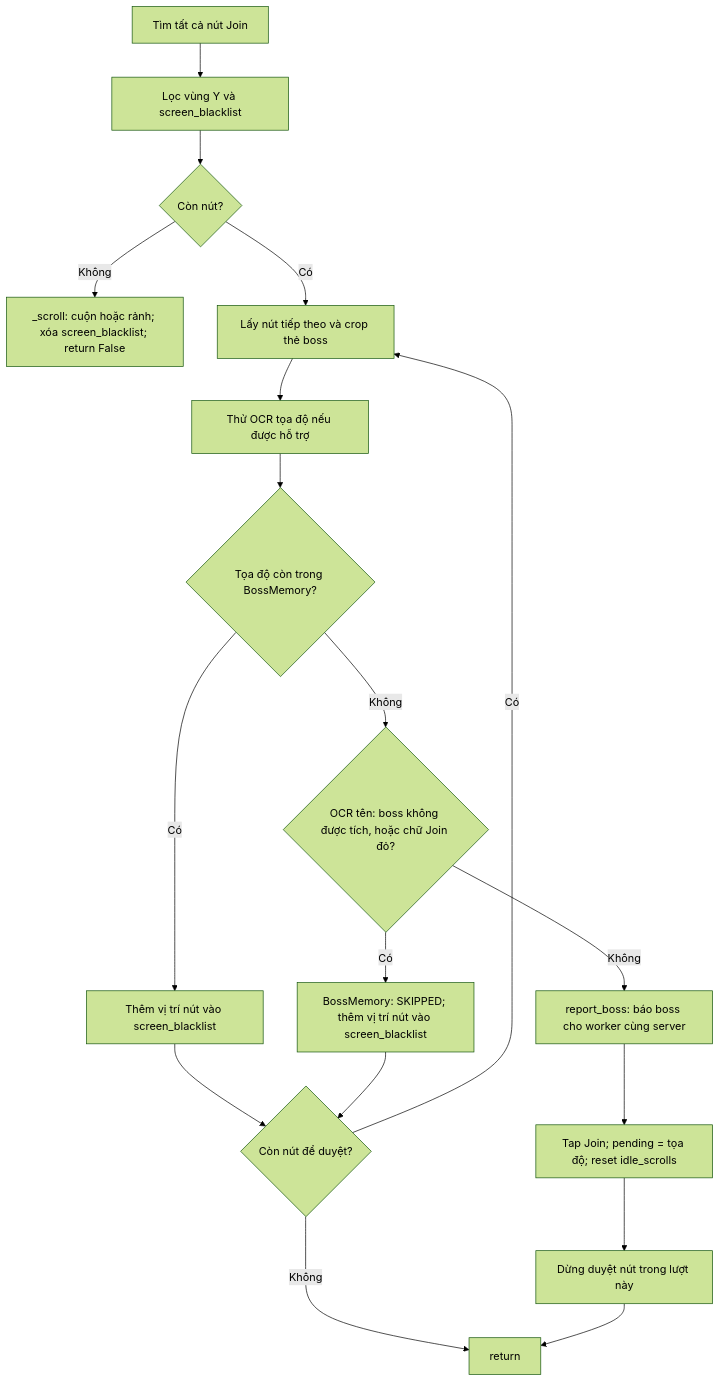
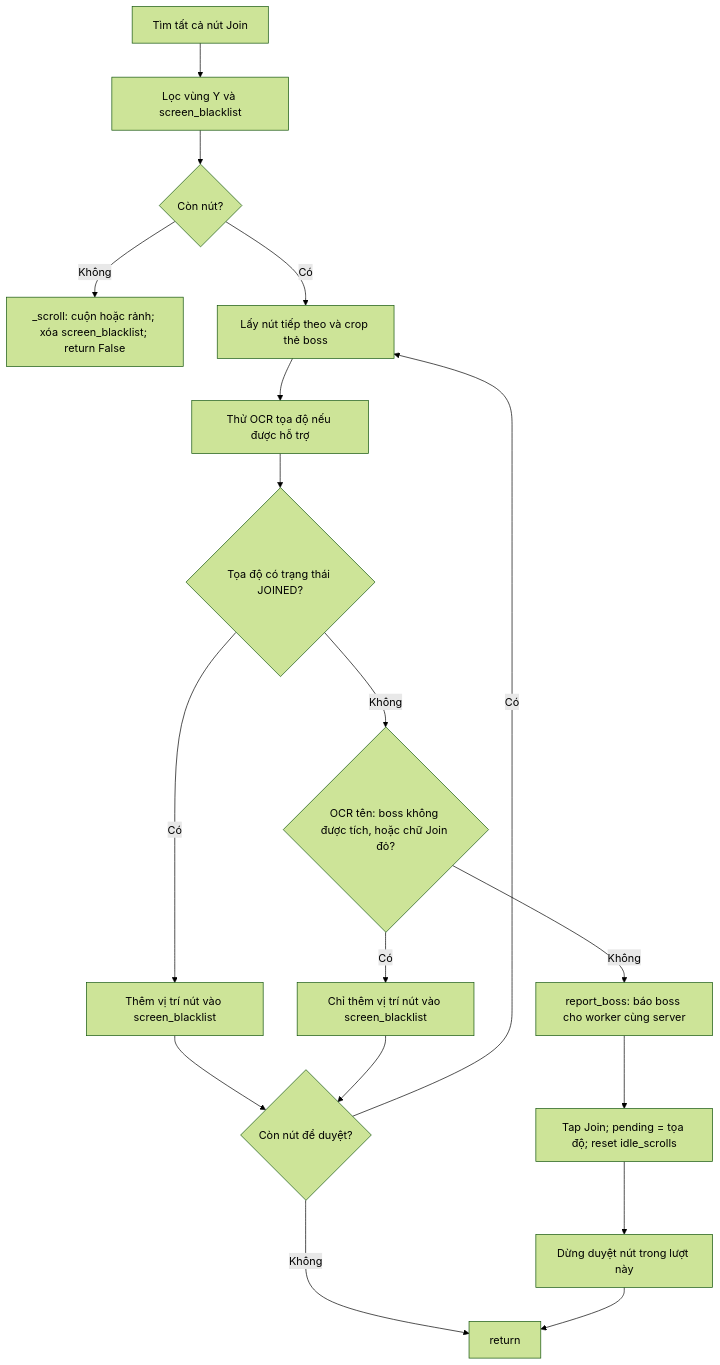
Before and after one commit to Hoangkz/EvonyBot: the second of 2 diagrams in bot/activities/join_monster_war/FLOW.md, drawn with Mermaid (forest theme). The commit also changed other lines of this file and 7 other files, not shown here.

````diff
--- a/bot/activities/join_monster_war/FLOW.md
+++ b/bot/activities/join_monster_war/FLOW.md
@@ -95,20 +95,20 @@
 ```mermaid
 flowchart TD
     A[Tìm tất cả nút Join] --> B[Lọc vùng Y và screen_blacklist]
     B --> C{Còn nút?}
     C -->|Không| D[_scroll: cuộn hoặc rảnh; xóa screen_blacklist; return False]
     C -->|Có| E[Lấy nút tiếp theo và crop thẻ boss]
     E --> F[Thử OCR tọa độ nếu được hỗ trợ]
-    F --> G{Tọa độ còn trong BossMemory?}
+    F --> G{Tọa độ có trạng thái JOINED?}
     G -->|Có| H[Thêm vị trí nút vào screen_blacklist]
     G -->|Không| I{OCR tên: boss không được tích, hoặc chữ Join đỏ?}
-    I -->|Có| J[BossMemory: SKIPPED; thêm vị trí nút vào screen_blacklist]
+    I -->|Có| J[Chỉ thêm vị trí nút vào screen_blacklist]
     I -->|Không| K[report_boss: báo boss cho worker cùng server]
     K --> L[Tap Join; pending = tọa độ; reset idle_scrolls]
     L --> M[Dừng duyệt nút trong lượt này]
     H --> N{Còn nút để duyệt?}
     J --> N
     N -->|Có| E
     N -->|Không| O[return]
     M --> O
 ```
````
